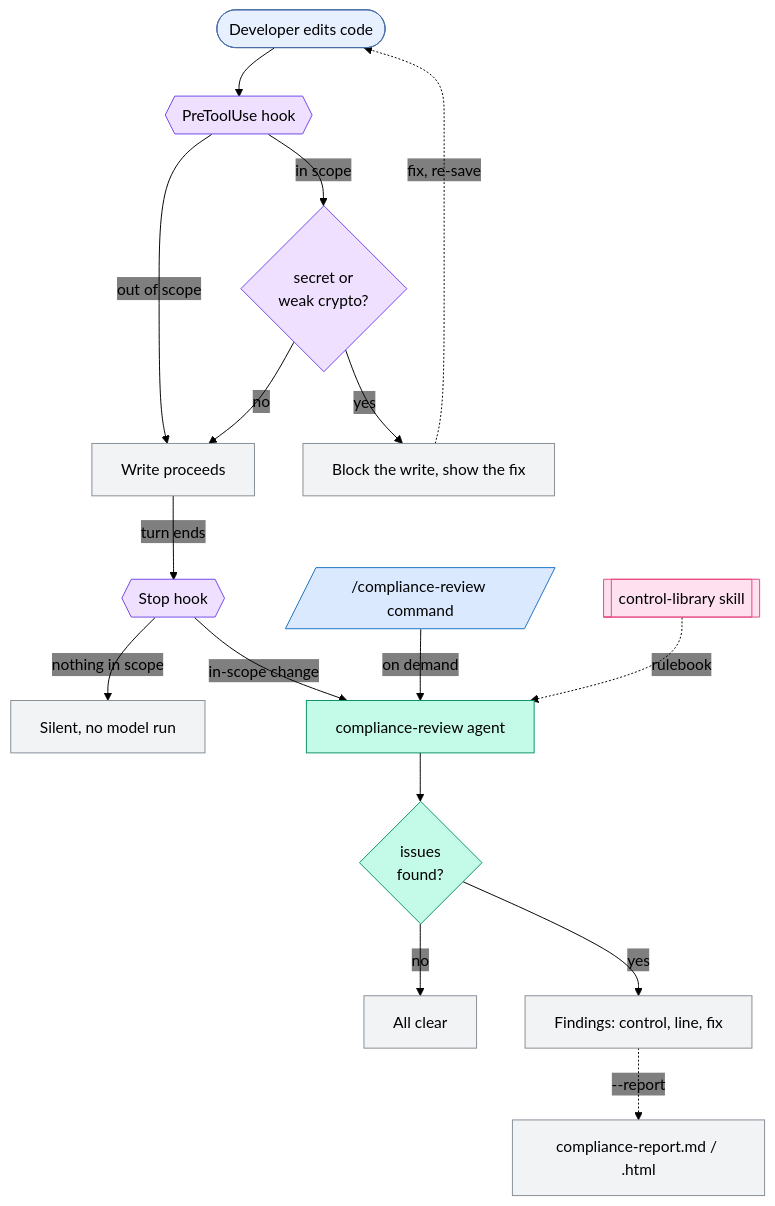
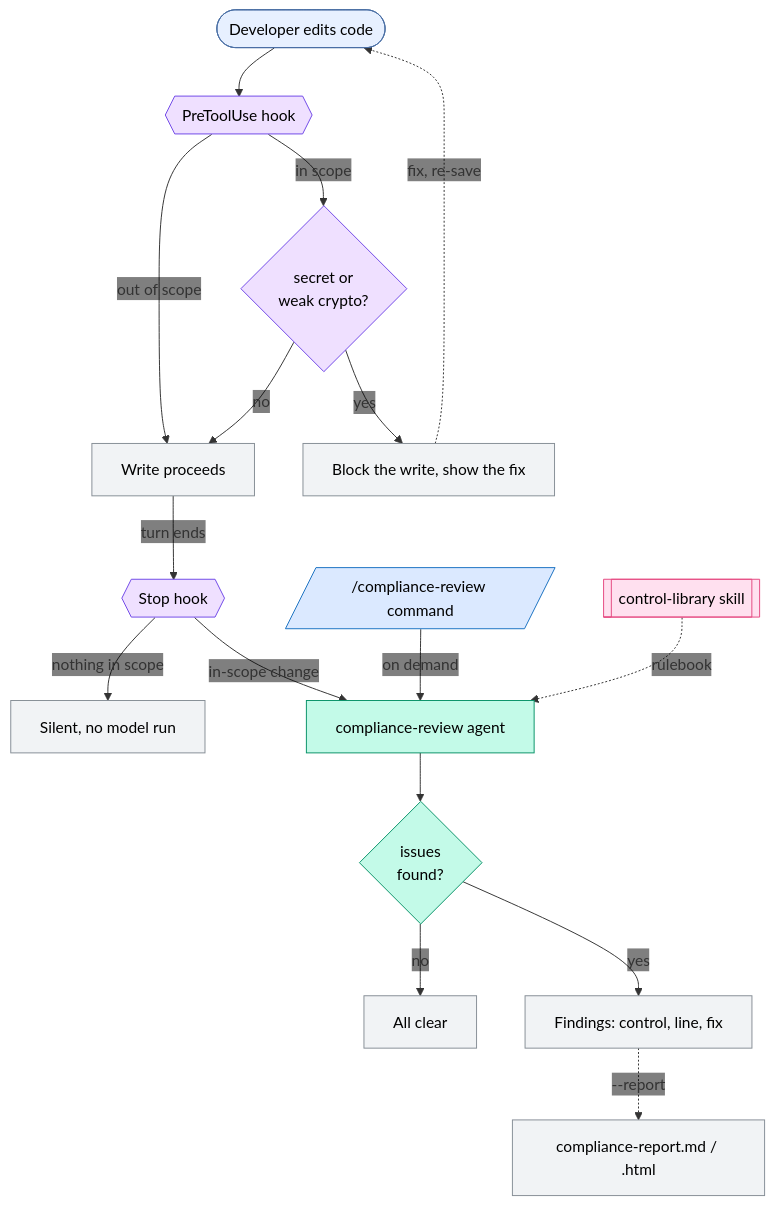
One commit to Juantomasgomez7/compliance-support changed the second of 2 diagrams in README.md. Above: the diagram before and after it, drawn with Mermaid.

Commit message:
fix: keep the architecture diagram legible in both GitHub themes
Hardcoding the arrow color and edge-label text to black made them
invisible on GitHub dark mode. Drop those overrides so the arrows and
labels use theme-adaptive colors (dark in light mode, light in dark
mode). Node fills stay fixed light pastels with dark text, which read on
any page background.

````diff
--- a/README.md
+++ b/README.md
@@ -50,33 +50,33 @@
 ```mermaid
-%%{init: {'themeVariables': {'edgeLabelBackground': 'transparent', 'lineColor': '#000000', 'textColor': '#000000'}}}%%
+%%{init: {'themeVariables': {'edgeLabelBackground': 'transparent'}}}%%
 flowchart TD
     classDef human fill:#e7f0ff,stroke:#4a6fa5,color:#000000
     classDef hook fill:#efe0ff,stroke:#7048e8,color:#000000
     classDef agent fill:#c3fae8,stroke:#099268,color:#000000
     classDef skill fill:#ffe0ef,stroke:#e64980,color:#000000
     classDef command fill:#dbe9ff,stroke:#1971c2,color:#000000
     classDef state fill:#f1f3f5,stroke:#868e96,color:#000000
 
     DEV([Developer edits code]) --> H1{{"PreToolUse hook"}}
     H1 -->|"out of scope"| SAVE["Write proceeds"]
     H1 -->|"in scope"| VIOL{"secret or<br/>weak crypto?"}
     VIOL -->|"no"| SAVE
     VIOL -->|"yes"| BLOCK["Block the write, show the fix"]
     BLOCK -.->|"fix, re-save"| DEV
     SAVE -->|"turn ends"| H2{{"Stop hook"}}
     H2 -->|"nothing in scope"| SILENT["Silent, no model run"]
     H2 -->|"in-scope change"| AGENT["compliance-review agent"]
     CMD[/"/compliance-review command"/] -->|"on demand"| AGENT
     SKILL[["control-library skill"]] -.->|"rulebook"| AGENT
     AGENT --> REVIEW{"issues<br/>found?"}
     REVIEW -->|"no"| CLEAN["All clear"]
     REVIEW -->|"yes"| OUT["Findings: control, line, fix"]
     OUT -.->|"--report"| REPORT["compliance-report.md / .html"]
 
     class DEV human
     class H1,H2,VIOL hook
     class AGENT,REVIEW agent
     class SKILL skill
     class CMD command
     class BLOCK,SAVE,SILENT,OUT,CLEAN,REPORT state
 ```
````
